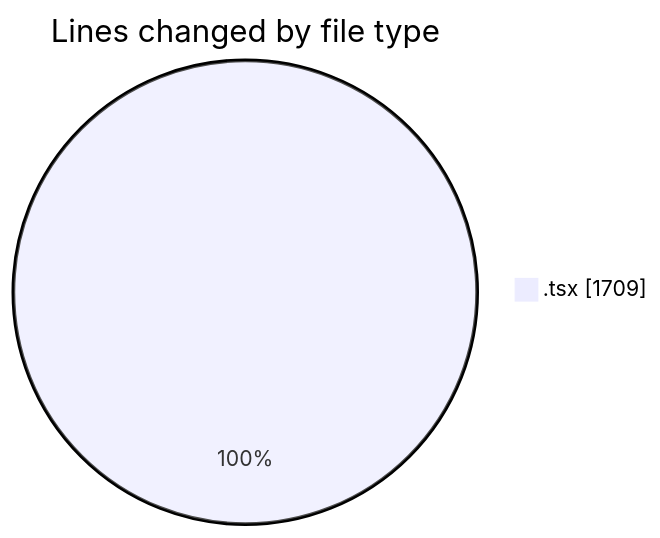
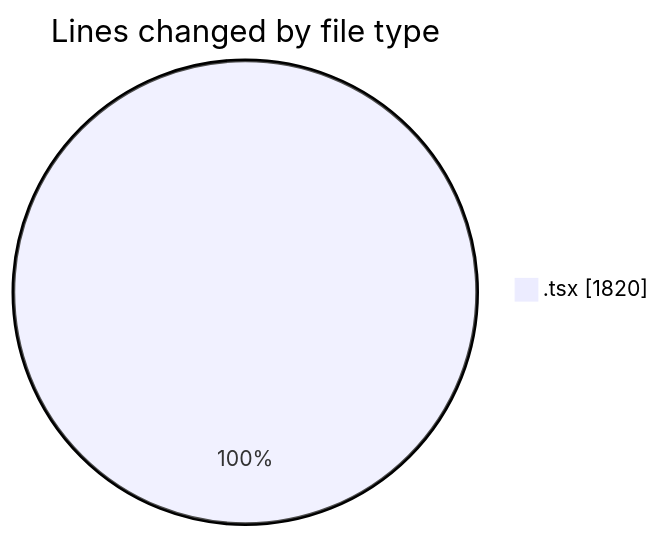
One commit to nxtqubesakshisongat/code-tracking changed the first of 2 diagrams in 2026-04-09/airfeed-analytics-dashboard/README.md. Above: the diagram before and after it, drawn with Mermaid. The commit also changed other lines of this file and 1 other file, not shown here.

````diff
--- a/2026-04-09/airfeed-analytics-dashboard/README.md
+++ b/2026-04-09/airfeed-analytics-dashboard/README.md
@@ -26,5 +26,5 @@
 ```mermaid
 pie showData
 title Lines changed by file type
-".tsx" : 1709
+".tsx" : 1820
 ```
````
